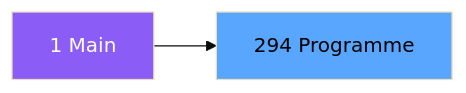
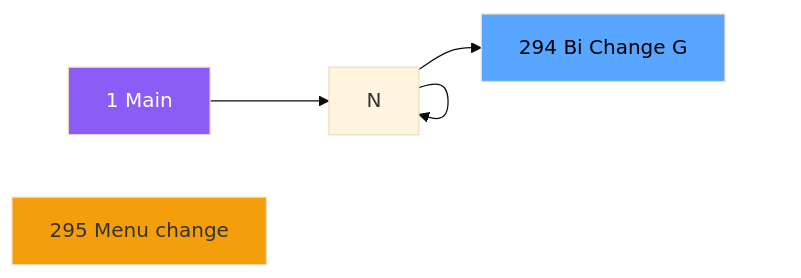
The second of 3 diagrams in .openspec/specs/ADH-IDE-294.md (thonyAGP/magic-migration), drawn with Mermaid (base theme) before and after one commit. The commit also changed other lines of this file and 323 other files, not shown here.

````diff
--- a/.openspec/specs/ADH-IDE-294.md
+++ b/.openspec/specs/ADH-IDE-294.md
@@ -113,8 +127,13 @@
 ```mermaid
 graph LR
     M[1 Main]
-    T[294 Programme]
-    M --> T
+    N295[295 Menu change ]
+    T[294 Bi  Change G]
+    M --> N
+    N --> N
+    N --> N
+    N --> T
     style M fill:#8b5cf6,color:#fff
+    style N295 fill:#f59e0b
     style T fill:#58a6ff,color:#000
 ```
````
